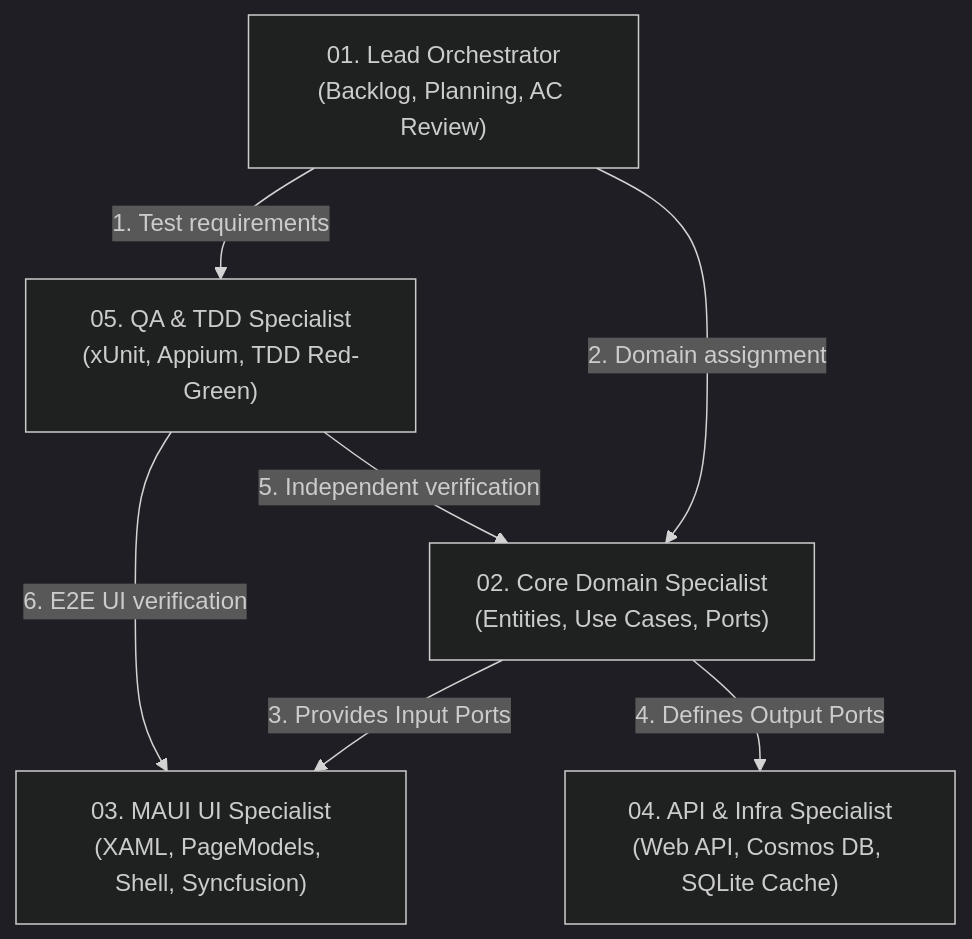
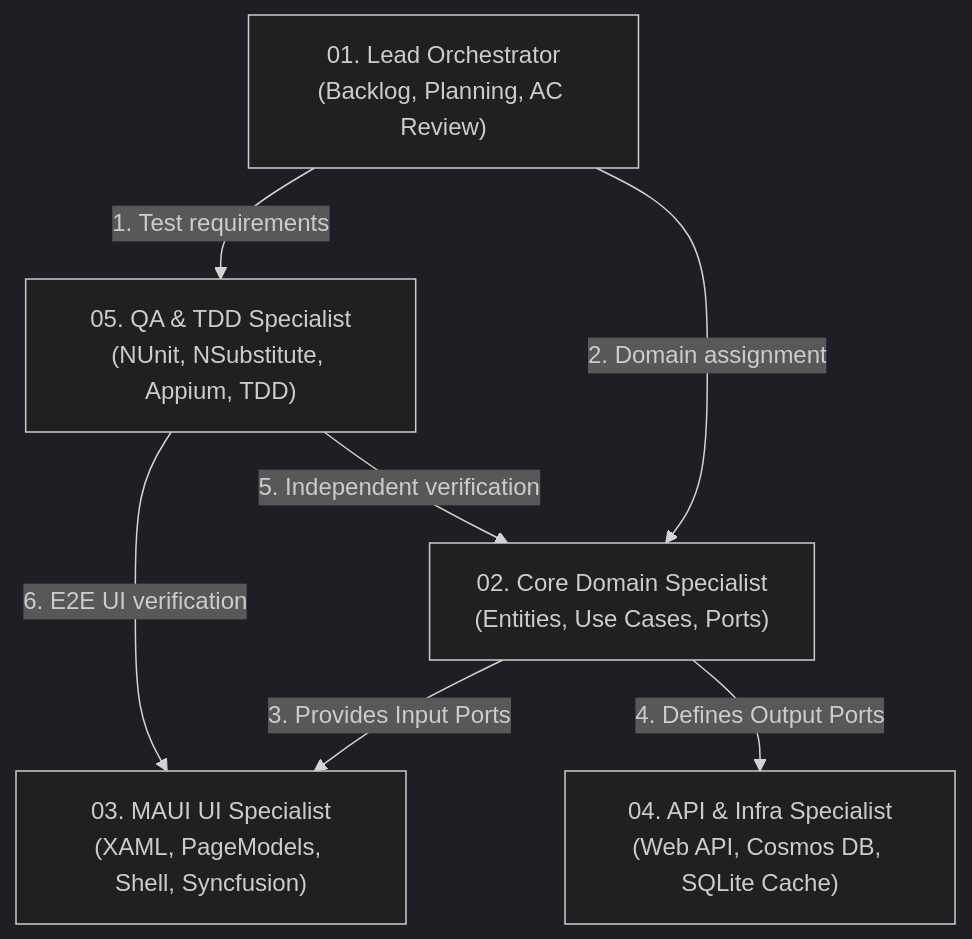
Before and after one commit to luong2024/RoomToRentRadar: the diagram in .agents/AGENTS.md, drawn with Mermaid (dark theme). The commit also changed other lines of this file and 2 other files, not shown here.

Commit message:
sync mock test technique for agent

````diff
--- a/.agents/AGENTS.md
+++ b/.agents/AGENTS.md
@@ -23,15 +23,15 @@
 ```mermaid
 flowchart TD
     Lead["01. Lead Orchestrator<br/>(Backlog, Planning, AC Review)"]
-    QA["05. QA & TDD Specialist<br/>(xUnit, Appium, TDD Red-Green)"]
+    QA["05. QA & TDD Specialist<br/>(NUnit, NSubstitute, Appium, TDD)"]
     Core["02. Core Domain Specialist<br/>(Entities, Use Cases, Ports)"]
     UI["03. MAUI UI Specialist<br/>(XAML, PageModels, Shell, Syncfusion)"]
     Infra["04. API & Infra Specialist<br/>(Web API, Cosmos DB, SQLite Cache)"]
 
     Lead -->|1. Test requirements| QA
     Lead -->|2. Domain assignment| Core
     Core -->|3. Provides Input Ports| UI
     Core -->|4. Defines Output Ports| Infra
     QA -->|5. Independent verification| Core
     QA -->|6. E2E UI verification| UI
 ```
````
